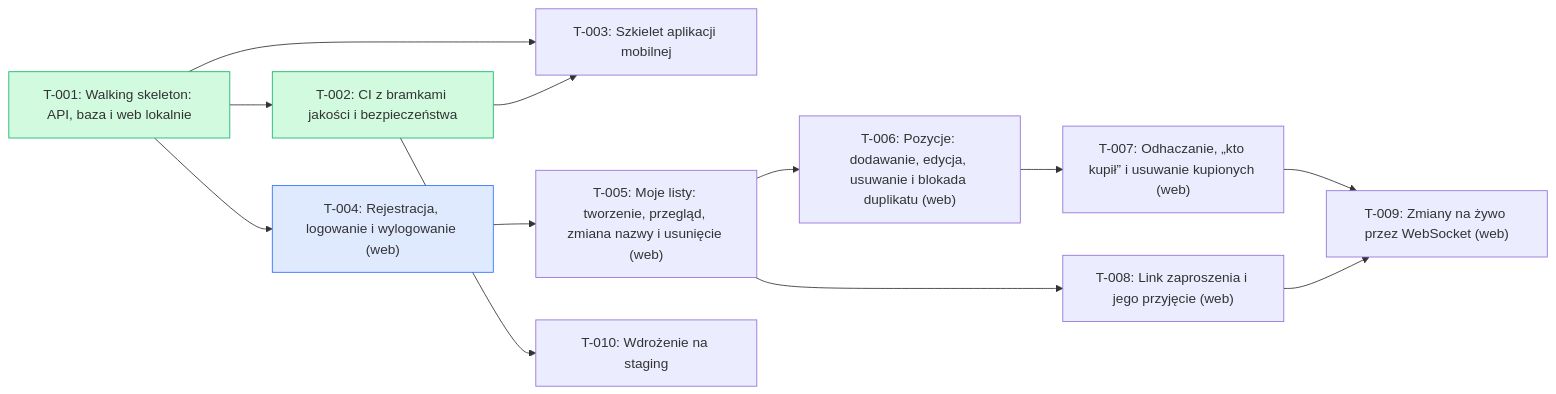
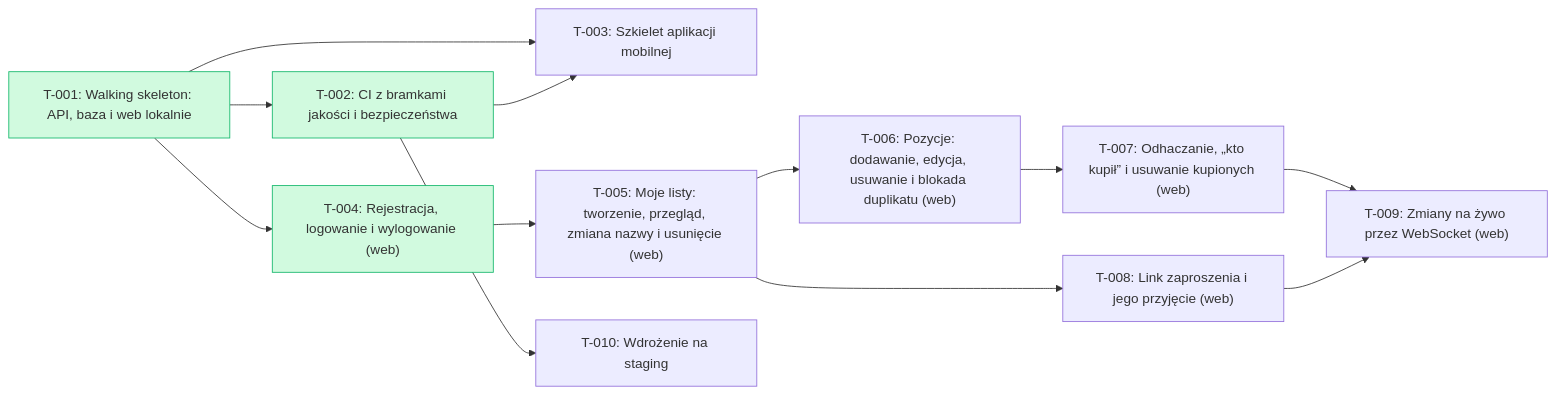
Before and after one commit to tombraz/lista-zakupow: the diagram in docs/backlog/index.md, drawn with Mermaid. The commit also changed other lines of this file and 2 other files, not shown here.

````diff
--- a/docs/backlog/index.md
+++ b/docs/backlog/index.md
@@ -18,28 +19,28 @@
 ```mermaid
 flowchart LR
   T_001["T-001: Walking skeleton: API, baza i web lokalnie"]:::done
   T_002["T-002: CI z bramkami jakości i bezpieczeństwa"]:::done
   T_003["T-003: Szkielet aplikacji mobilnej"]
-  T_004["T-004: Rejestracja, logowanie i wylogowanie (web)"]:::qa
+  T_004["T-004: Rejestracja, logowanie i wylogowanie (web)"]:::done
   T_005["T-005: Moje listy: tworzenie, przegląd, zmiana nazwy i usunięcie (web)"]
   T_006["T-006: Pozycje: dodawanie, edycja, usuwanie i blokada duplikatu (web)"]
   T_007["T-007: Odhaczanie, „kto kupił” i usuwanie kupionych (web)"]
   T_008["T-008: Link zaproszenia i jego przyjęcie (web)"]
   T_009["T-009: Zmiany na żywo przez WebSocket (web)"]
   T_010["T-010: Wdrożenie na staging"]
   T_001 --> T_002
   T_001 --> T_003
   T_002 --> T_003
   T_001 --> T_004
   T_004 --> T_005
   T_005 --> T_006
   T_006 --> T_007
   T_005 --> T_008
   T_007 --> T_009
   T_008 --> T_009
   T_002 --> T_010
   classDef done fill:#d1fadf,stroke:#12b76a
   classDef wip fill:#fef0c7,stroke:#f79009
   classDef qa fill:#e0eaff,stroke:#2970ff
   classDef blocked fill:#fee4e2,stroke:#f04438
 ```
````
